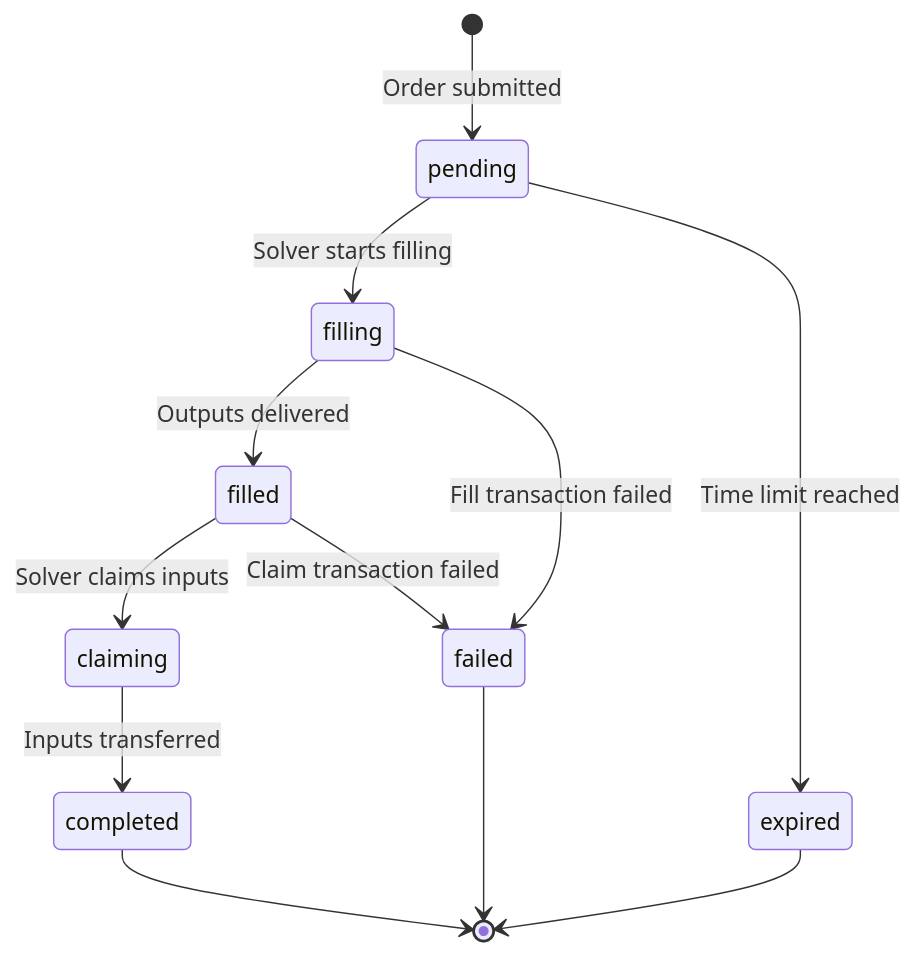
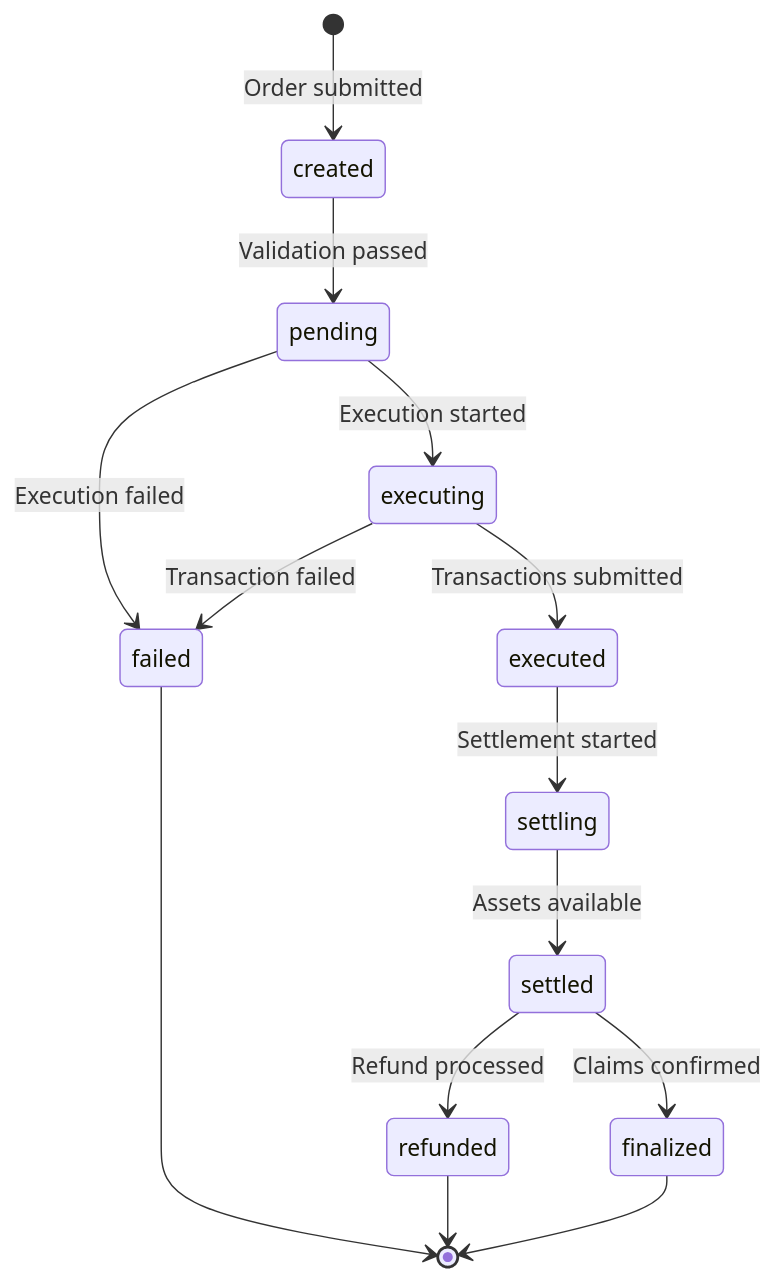
One commit to openintentsframework/oif-docs changed the diagram in content/docs/apis/order-api.mdx. Above: the diagram before and after it, drawn with Mermaid. The commit also changed other lines of this file, not shown here.

````diff
--- a/content/docs/apis/order-api.mdx
+++ b/content/docs/apis/order-api.mdx
@@ -151,16 +156,18 @@
 ```mermaid
 stateDiagram-v2
-    [*] --> pending: Order submitted
-    pending --> filling: Solver starts filling
-    filling --> filled: Outputs delivered
-    filled --> claiming: Solver claims inputs
-    claiming --> completed: Inputs transferred
-    
-    pending --> expired: Time limit reached
-    filling --> failed: Fill transaction failed
-    filled --> failed: Claim transaction failed
-    
+    [*] --> created: Order submitted
+    created --> pending: Validation passed
+    pending --> executing: Execution started
+    executing --> executed: Transactions submitted
+    executed --> settling: Settlement started
+    settling --> settled: Assets available
+    settled --> finalized: Claims confirmed
+
+    pending --> failed: Execution failed
+    executing --> failed: Transaction failed
+    settled --> refunded: Refund processed
+
     failed --> [*]
-    expired --> [*]
-    completed --> [*]
+    refunded --> [*]
+    finalized --> [*]
 ```
````
